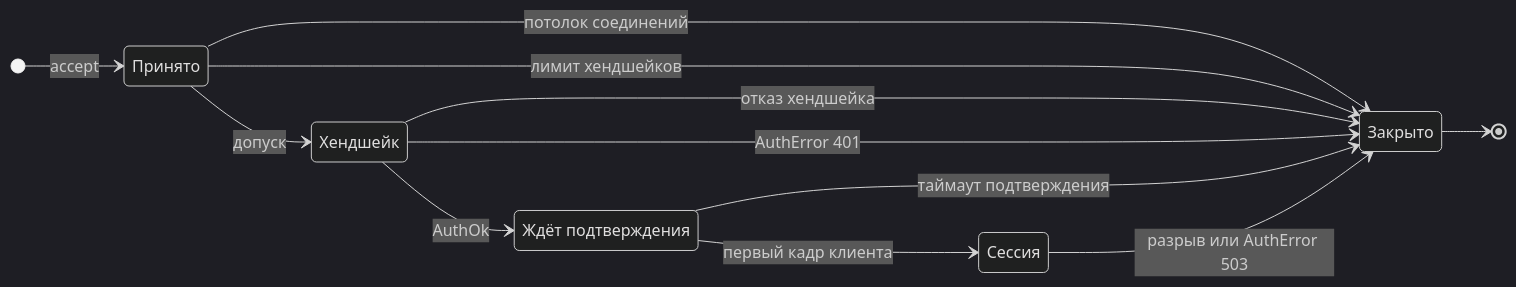
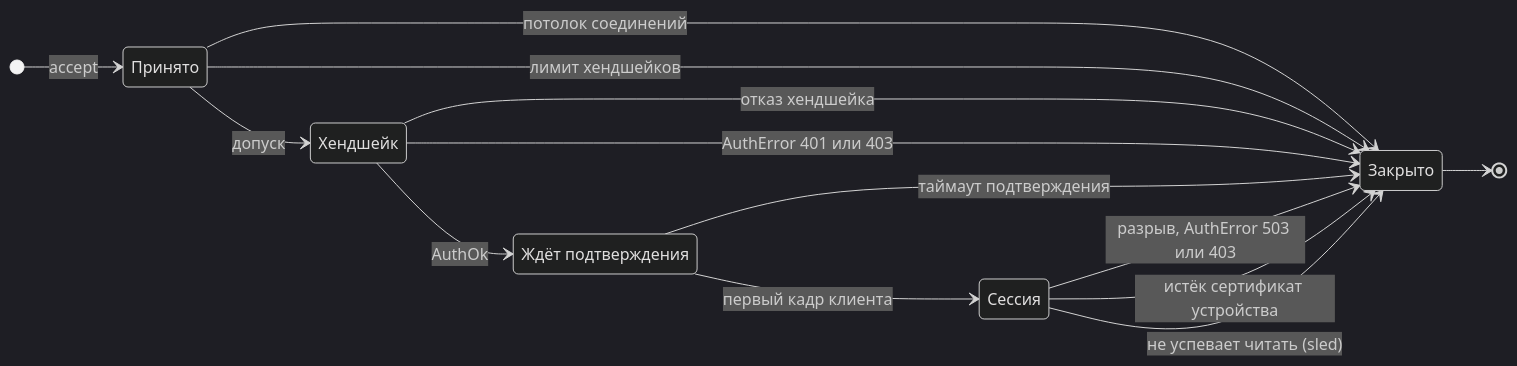
The third of 10 diagrams in docs/architecture.md (Darkildo/trustme_backend), drawn with Mermaid (dark theme) before and after one commit. The commit also changed other lines of this file and 11 other files, not shown here.

First line of the commit message:
docs: иллюстрации архитектуры и сверка схем с 0.5.0

````diff
--- a/docs/architecture.md
+++ b/docs/architecture.md
@@ -93,21 +166,23 @@
 ```mermaid
 stateDiagram-v2
     direction LR
     state "Принято" as Accepted
     state "Хендшейк" as Handshake
     state "Ждёт подтверждения" as Unconfirmed
     state "Сессия" as Session
     state "Закрыто" as Closed
 
     [*] --> Accepted: accept
     Accepted --> Closed: потолок соединений
     Accepted --> Closed: лимит хендшейков
     Accepted --> Handshake: допуск
     Handshake --> Closed: отказ хендшейка
-    Handshake --> Closed: AuthError 401
+    Handshake --> Closed: AuthError 401 или 403
     Handshake --> Unconfirmed: AuthOk
     Unconfirmed --> Closed: таймаут подтверждения
     Unconfirmed --> Session: первый кадр клиента
-    Session --> Closed: разрыв или AuthError 503
+    Session --> Closed: разрыв, AuthError 503 или 403
+    Session --> Closed: истёк сертификат устройства
+    Session --> Closed: не успевает читать (sled)
     Closed --> [*]
 ```
````
